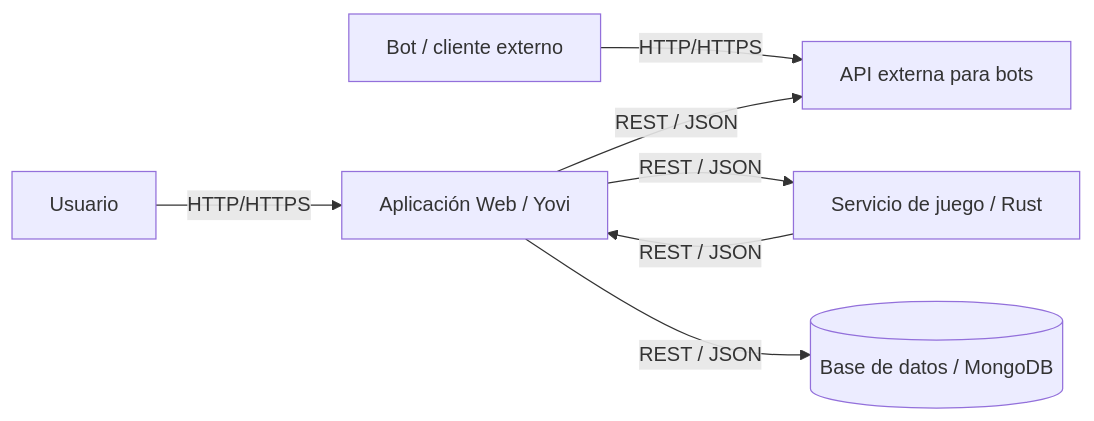
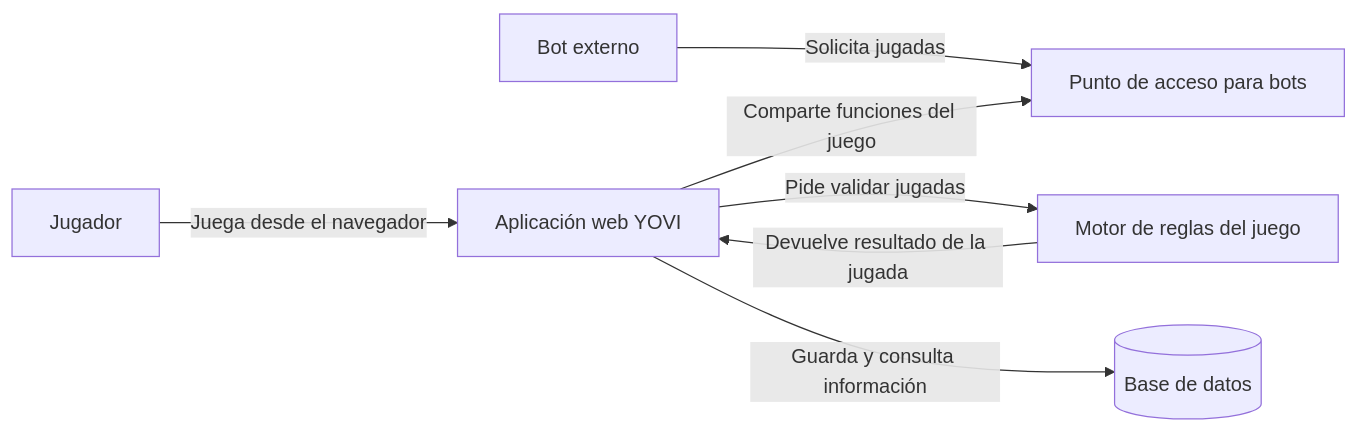
Before and after one commit to Arquisoft/yovi_es5c: the second of 2 diagrams in docs/src/03_context_and_scope.adoc, drawn with Mermaid. The commit also changed other lines of this file, not shown here.

First line of the commit message:
Arreglado punto 3.2

```diff
--- a/docs/src/03_context_and_scope.adoc
+++ b/docs/src/03_context_and_scope.adoc
@@ -35,19 +35,19 @@
 [mermaid, "technical-context", png]
 ----
 flowchart LR
-  U[Usuario]
-  W[Aplicación Web / Yovi]
-  API[API externa para bots]
-  B[Bot / cliente externo]
-  G[Servicio de juego / Rust]
-  DB[(Base de datos / MongoDB)]
+  U[Jugador]
+  W[Aplicación web YOVI]
+  API[Punto de acceso para bots]
+  B[Bot externo]
+  G[Motor de reglas del juego]
+  DB[(Base de datos)]
 
-  U -->|HTTP/HTTPS | W
-  B -->|HTTP/HTTPS | API
-  W -->|REST / JSON| API
+  U -->|Juega desde el navegador| W
+  B -->|Solicita jugadas| API
+  W -->|Comparte funciones del juego| API
 
-  W -->|REST / JSON | G
-  G -->|REST / JSON | W
+  W -->|Pide validar jugadas| G
+  G -->|Devuelve resultado de la jugada| W
 
-  W -->|REST / JSON| DB
+  W -->|Guarda y consulta información| DB
 ----
```
